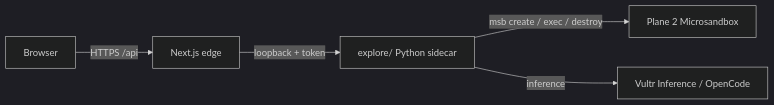
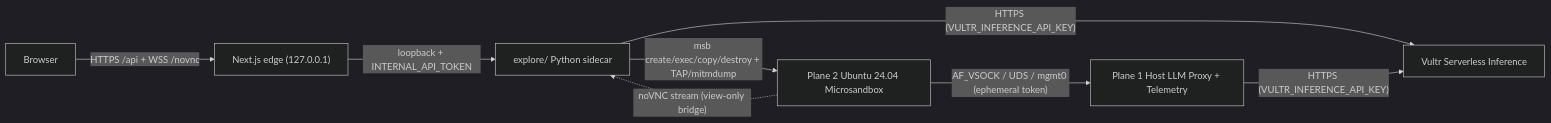
The diagram in API.md (ludvigodin/killhub), drawn with Mermaid (dark theme) before and after one commit. The commit also changed other lines of this file and 35 other files, not shown here.

````diff
--- a/API.md
+++ b/API.md
@@ -11,7 +11,10 @@
 ```mermaid
 flowchart LR
-  Browser -->|"HTTPS /api"| Next["Next.js edge"]
-  Next -->|"loopback + token"| Explore["explore/ Python sidecar"]
-  Explore -->|"msb create / exec / destroy"| VM["Plane 2 Microsandbox"]
-  Explore -->|"inference"| Inference["Vultr Inference / OpenCode"]
+  Browser -->|"HTTPS /api + WSS /novnc"| Next["Next.js edge (127.0.0.1)"]
+  Next -->|"loopback + INTERNAL_API_TOKEN"| Explore["explore/ Python sidecar"]
+  Explore -->|"msb create/exec/copy/destroy + TAP/mitmdump"| VM["Plane 2 Ubuntu 24.04 Microsandbox"]
+  VM -->|"AF_VSOCK / UDS / mgmt0 (ephemeral token)"| Proxy["Plane 1 Host LLM Proxy + Telemetry"]
+  VM -.->|"noVNC stream (view-only bridge)"| Explore
+  Explore -->|"HTTPS (VULTR_INFERENCE_API_KEY)"| Inference["Vultr Serverless Inference"]
+  Proxy -->|"HTTPS (VULTR_INFERENCE_API_KEY)"| Inference
 ```
````
